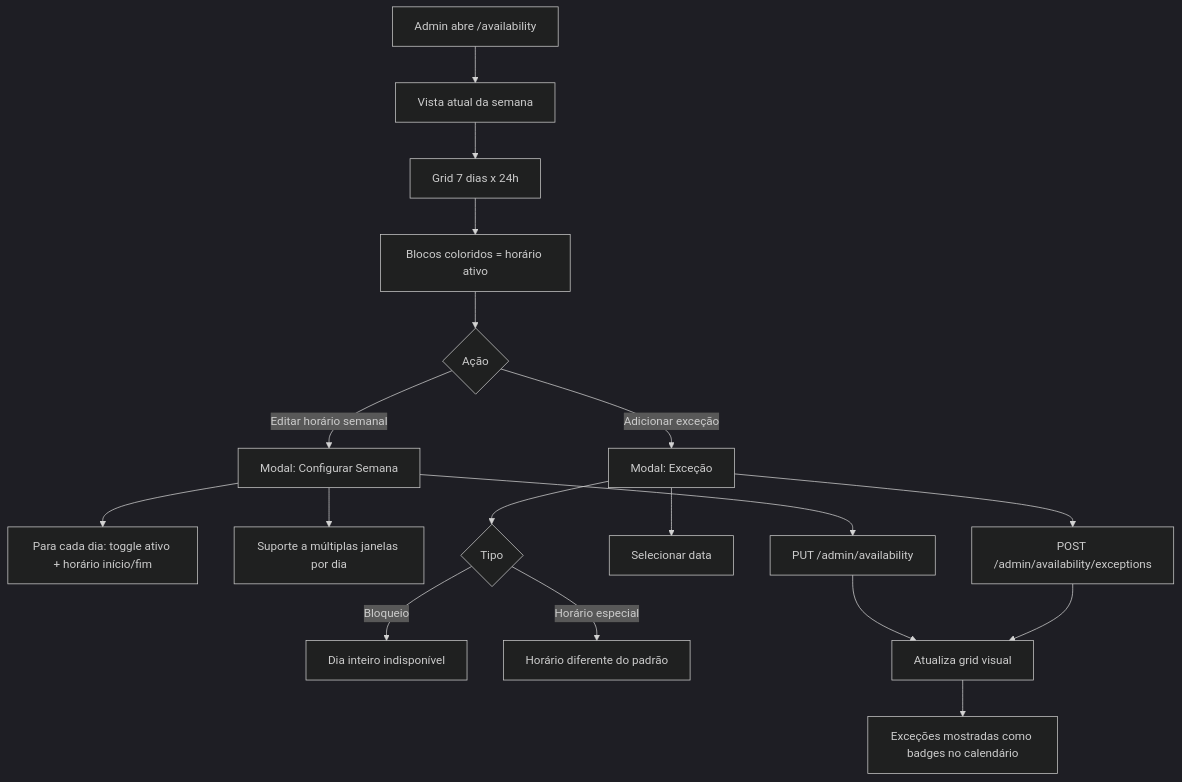
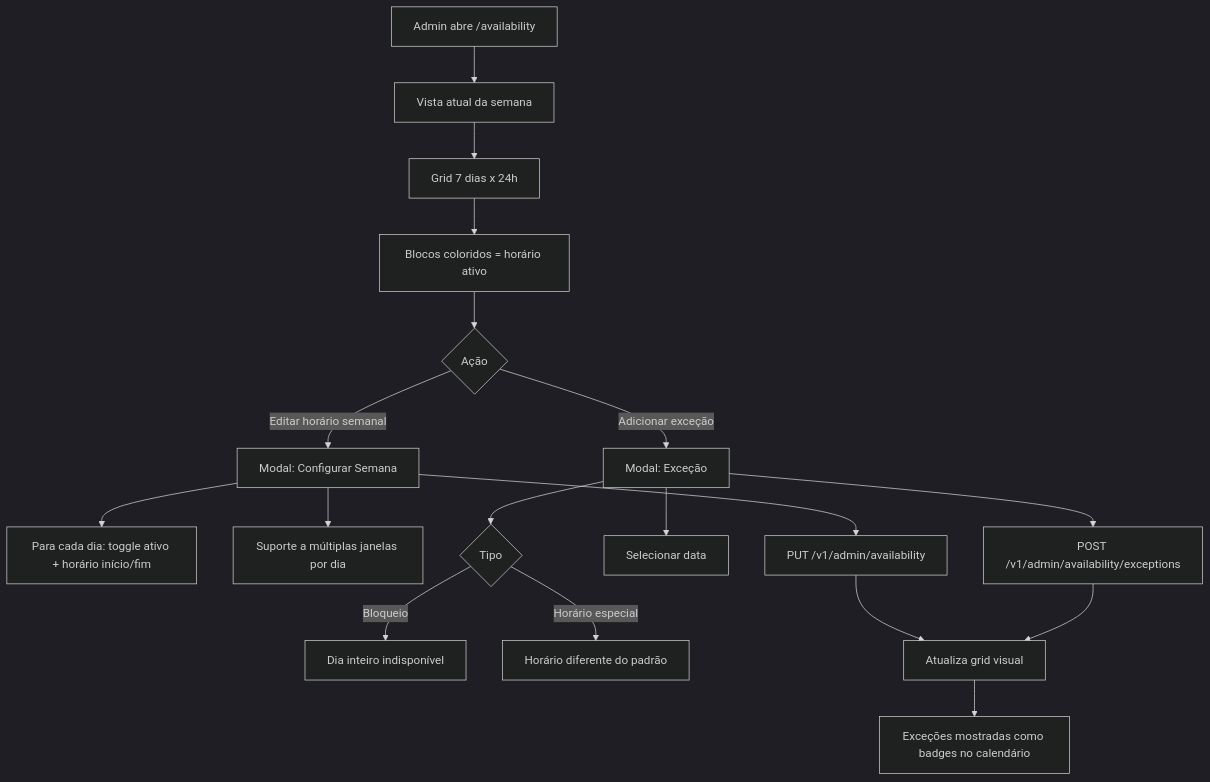
One commit to tassan/temhorario changed the eighth of 13 diagrams in docs/frontend/flows.md. Above: the diagram before and after it, drawn with Mermaid (dark theme). The commit also changed other lines of this file and 4 other files, not shown here.

First line of the commit message:
docs(frontend): align architecture and flows with API contract

````diff
--- a/docs/frontend/flows.md
+++ b/docs/frontend/flows.md
@@ -222,24 +224,24 @@
 ```mermaid
 flowchart TD
     A[Admin abre /availability] --> B[Vista atual da semana]
     B --> C[Grid 7 dias x 24h]
     C --> D[Blocos coloridos = horário ativo]
 
     D --> E{Ação}
     E -->|Editar horário semanal| F[Modal: Configurar Semana]
     F --> F1[Para cada dia: toggle ativo + horário início/fim]
     F --> F2[Suporte a múltiplas janelas por dia]
-    F --> F3[PUT /admin/availability]
+    F --> F3[PUT /v1/admin/availability]
 
     E -->|Adicionar exceção| G[Modal: Exceção]
     G --> G1[Selecionar data]
     G --> G2{Tipo}
     G2 -->|Bloqueio| G3[Dia inteiro indisponível]
     G2 -->|Horário especial| G4[Horário diferente do padrão]
-    G --> G5[POST /admin/availability/exceptions]
+    G --> G5[POST /v1/admin/availability/exceptions]
 
     F3 --> H[Atualiza grid visual]
     G5 --> H
 
     H --> I[Exceções mostradas como badges no calendário]
 ```
````
